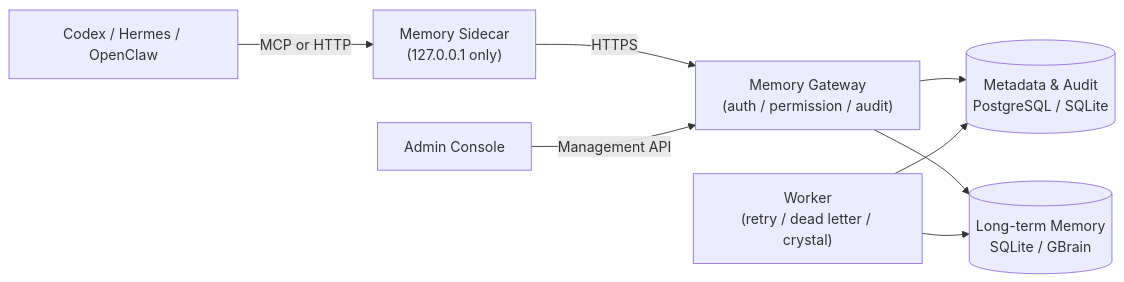
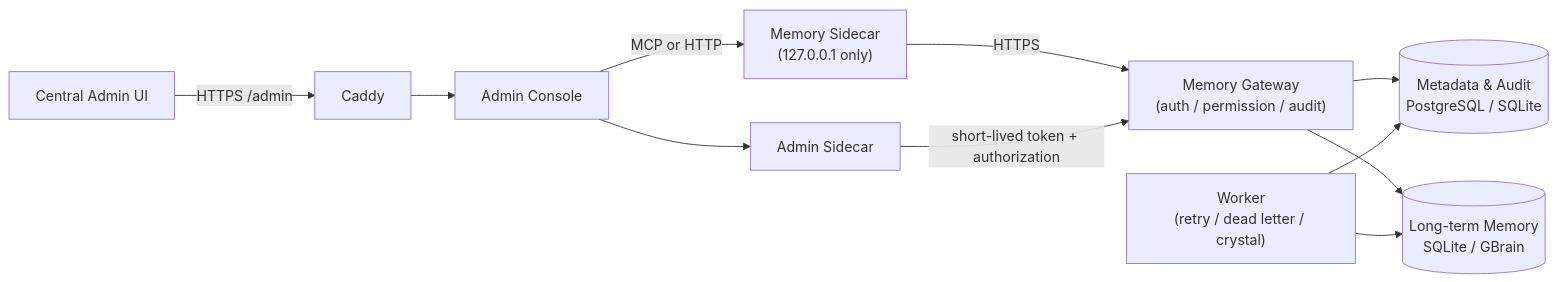
One commit to Buildlee/agent-memory-gateway changed the diagram in README_EN.md. Above: the diagram before and after it, drawn with Mermaid. The commit also changed other lines of this file and 8 other files, not shown here.

Commit message:
docs: sync central admin guidance

````diff
--- a/README_EN.md
+++ b/README_EN.md
@@ -58,10 +58,13 @@
 ```mermaid
 flowchart LR
   A["Codex / Hermes / OpenClaw"] -->|MCP or HTTP| S["Memory Sidecar<br/>(127.0.0.1 only)"]
   S -->|HTTPS| G["Memory Gateway<br/>(auth / permission / audit)"]
   G --> M[("Metadata & Audit<br/>PostgreSQL / SQLite")]
   G --> B[("Long-term Memory<br/>SQLite / GBrain")]
   W["Worker<br/>(retry / dead letter / crystal)"] --> M
   W --> B
-  R["Admin Console"] -->|Management API| G
+  R["Central Admin UI"] -->|"HTTPS /admin"| P["Caddy"]
+  P --> A["Admin Console"]
+  A --> AS["Admin Sidecar"]
+  AS -->|"short-lived token + authorization"| G
 ```
````
